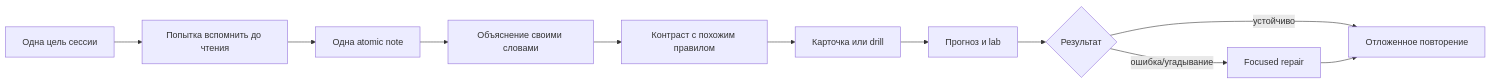
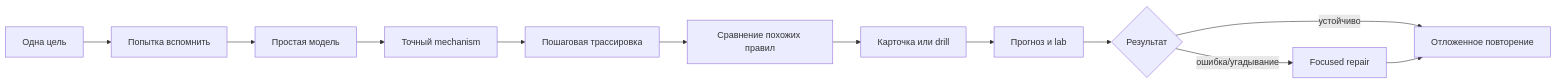
One commit to alimbetov/obsidian changed the diagram in 00_HOME/Java Learning Cockpit.md. Above: the diagram before and after it, drawn with Mermaid. The commit also changed other lines of this file, not shown here.

````diff
--- a/00_HOME/Java Learning Cockpit.md
+++ b/00_HOME/Java Learning Cockpit.md
@@ -73,13 +77,14 @@
 ```mermaid
 flowchart LR
-    INTENT["Одна цель сессии"] --> RETRIEVE["Попытка вспомнить до чтения"]
-    RETRIEVE --> CONCEPT["Одна atomic note"]
-    CONCEPT --> EXPLAIN["Объяснение своими словами"]
-    EXPLAIN --> CONTRAST["Контраст с похожим правилом"]
-    CONTRAST --> DRILL["Карточка или drill"]
-    DRILL --> PROOF["Прогноз и lab"]
-    PROOF --> CLASSIFY{"Результат"}
-    CLASSIFY -->|устойчиво| SPACE["Отложенное повторение"]
-    CLASSIFY -->|ошибка/угадывание| REPAIR["Focused repair"]
+    INTENT[Одна цель] --> RETRIEVE[Попытка вспомнить]
+    RETRIEVE --> SIMPLE[Простая модель]
+    SIMPLE --> CONCEPT[Точный mechanism]
+    CONCEPT --> TRACE[Пошаговая трассировка]
+    TRACE --> CONTRAST[Сравнение похожих правил]
+    CONTRAST --> DRILL[Карточка или drill]
+    DRILL --> PROOF[Прогноз и lab]
+    PROOF --> CLASSIFY{Результат}
+    CLASSIFY -->|устойчиво| SPACE[Отложенное повторение]
+    CLASSIFY -->|ошибка/угадывание| REPAIR[Focused repair]
     REPAIR --> SPACE
 ```
````
